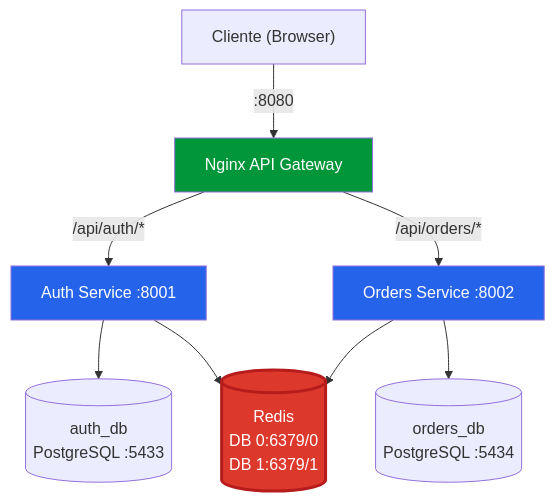
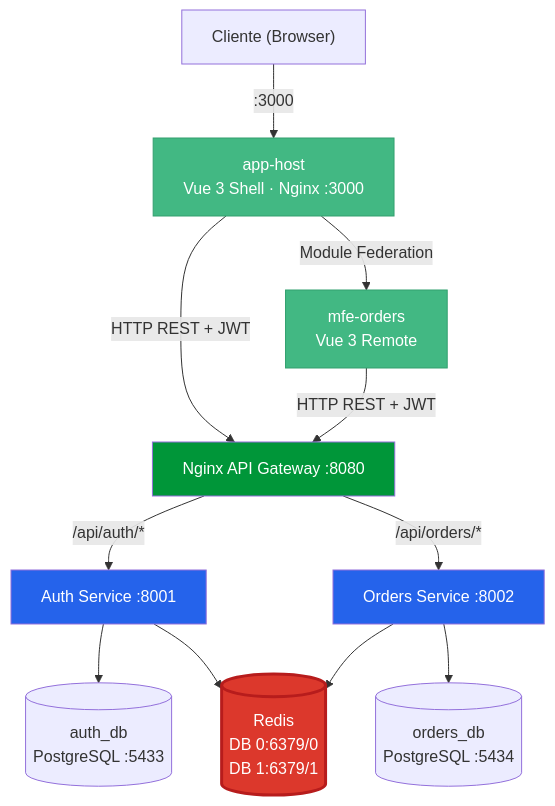
The first of 2 diagrams in README.md (MatheusNascimentoti99/Desafio-CasaCivil), drawn with Mermaid before and after one commit. The commit also changed other lines of this file, not shown here.

````diff
--- a/README.md
+++ b/README.md
@@ -9,18 +9,26 @@
 ```mermaid
 graph TD
-    Client["Cliente (Browser)"] -->|:8080| Nginx["Nginx API Gateway"]
+    Client["Cliente (Browser)"]
+
+    Client -->|":3000"| AppHost["app-host\nVue 3 Shell · Nginx :3000"]
+    AppHost -->|"Module Federation"| MfeOrders["mfe-orders\nVue 3 Remote"]
+
+    AppHost -->|"HTTP REST + JWT"| Nginx["Nginx API Gateway :8080"]
+    MfeOrders -->|"HTTP REST + JWT"| Nginx
 
     Nginx -->|"/api/auth/*"| Auth["Auth Service :8001"]
     Nginx -->|"/api/orders/*"| Orders["Orders Service :8002"]
 
     Auth --> AuthDB[("auth_db <br> PostgreSQL :5433")]
-    Auth --> Redis[("Redis <br> DB 0:6379/0  <br>  DB 1:6379/1")]
-    
+    Auth --> Redis[("Redis <br> DB 0:6379/0 <br> DB 1:6379/1")]
+
     Orders --> OrdersDB[("orders_db <br> PostgreSQL :5434")]
-    Orders --> Redis[("Redis <br> DB 0:6379/0  <br>  DB 1:6379/1")]
+    Orders --> Redis
 
-    style Redis fill:#dc382c,color:#fff,stroke:#b71c1c,stroke-width:3px
-    style Nginx fill:#009639,color:#fff
-    style Auth fill:#2563eb,color:#fff
-    style Orders fill:#2563eb,color:#fff
+    style AppHost   fill:#42b883,color:#fff,stroke:#33a06f
+    style MfeOrders fill:#42b883,color:#fff,stroke:#33a06f
+    style Redis     fill:#dc382c,color:#fff,stroke:#b71c1c,stroke-width:3px
+    style Nginx     fill:#009639,color:#fff
+    style Auth      fill:#2563eb,color:#fff
+    style Orders    fill:#2563eb,color:#fff
 ```
````
